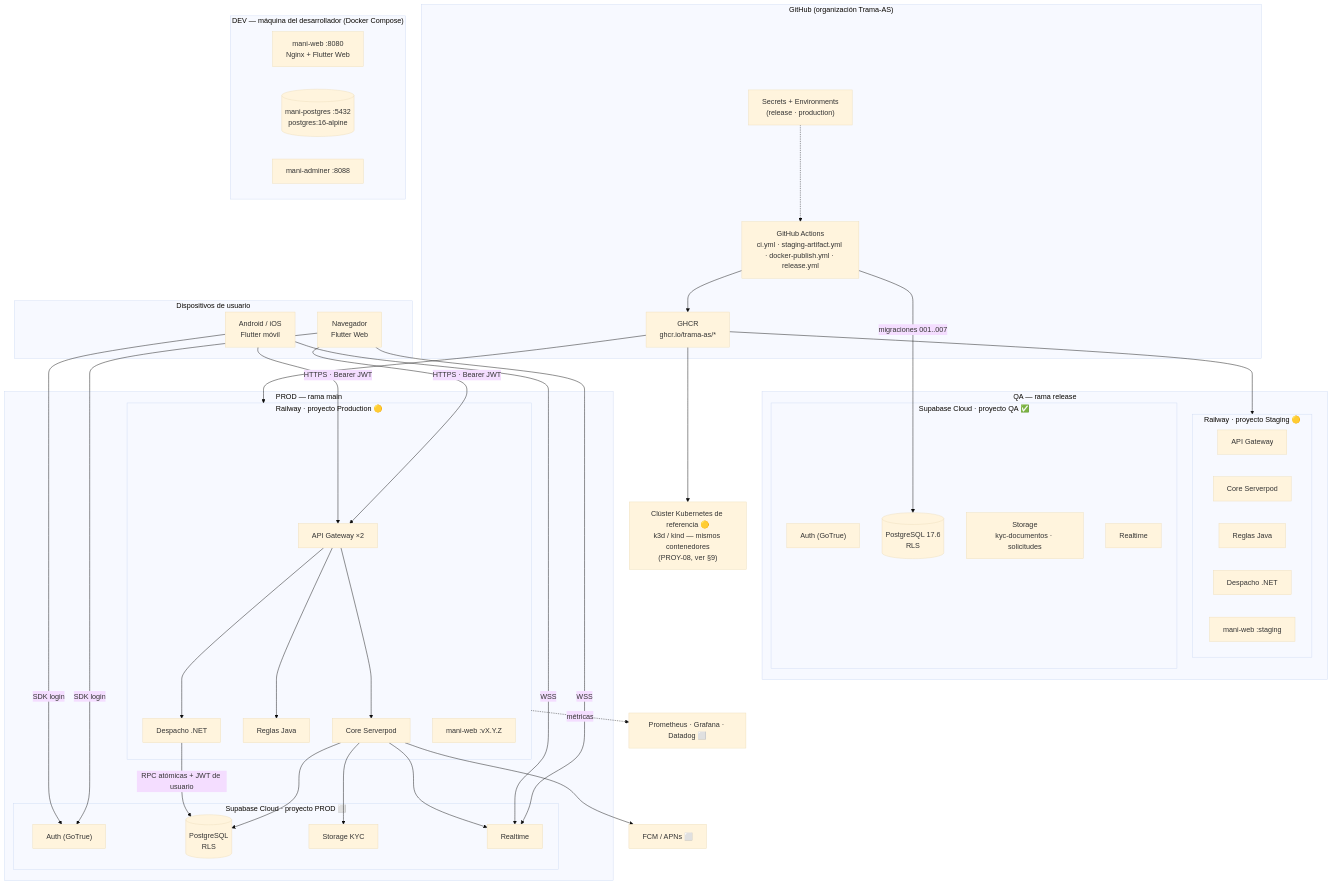
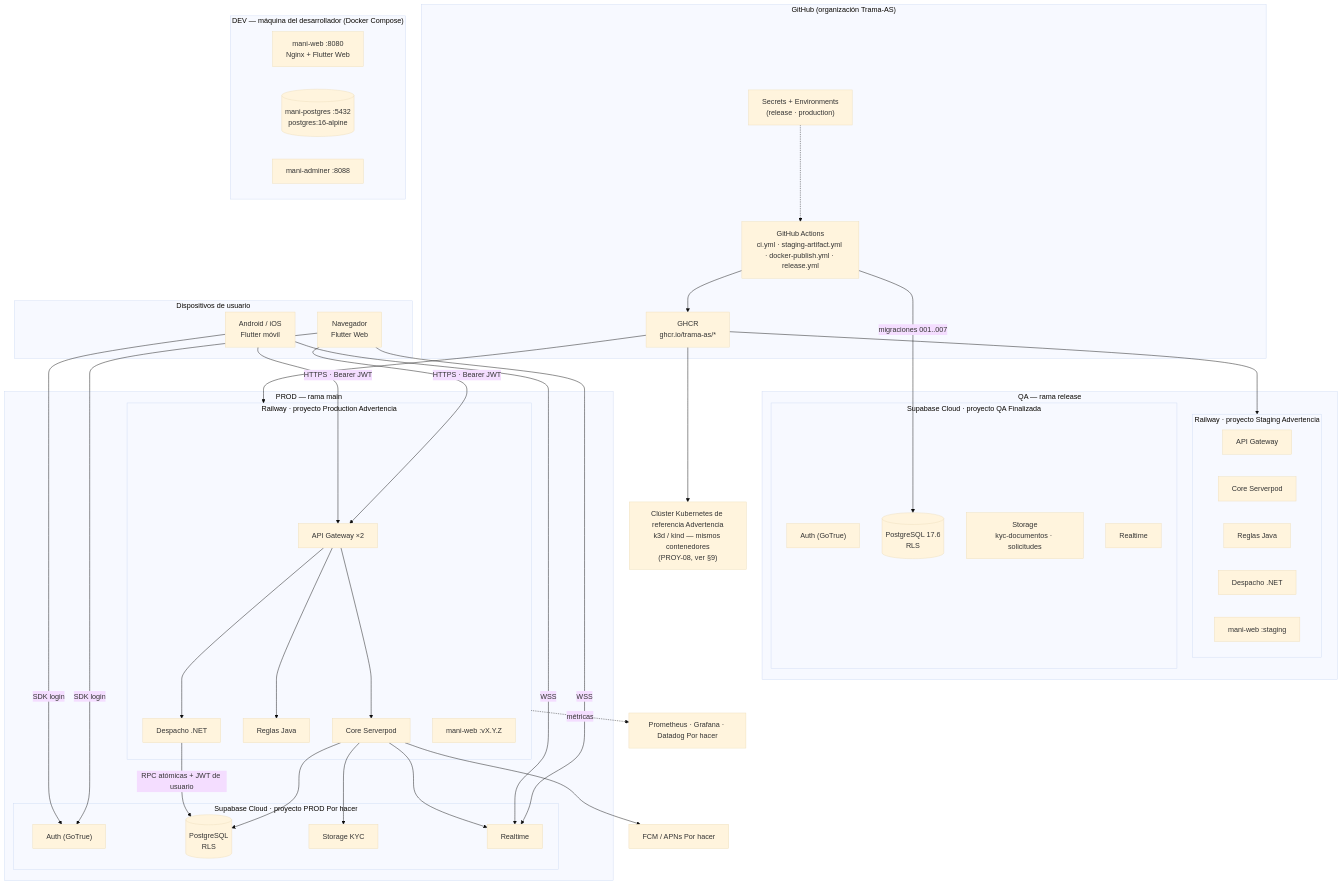
One commit to Trama-AS/MANI-docs changed the first of 4 diagrams in Entregas/Entrega4/Documento_Infraestructura_V1.md. Above: the diagram before and after it, drawn with Mermaid (base theme). The commit also changed other lines of this file and 1 other file, not shown here.

````diff
--- a/Entregas/Entrega4/Documento_Infraestructura_V1.md
+++ b/Entregas/Entrega4/Documento_Infraestructura_V1.md
@@ -89,68 +89,68 @@
 ```mermaid
 flowchart TB
     subgraph USR["Dispositivos de usuario"]
         WEB["Navegador<br/>Flutter Web"]
         MOV["Android / iOS<br/>Flutter móvil"]
     end
 
     subgraph GH["GitHub (organización Trama-AS)"]
         CI["GitHub Actions<br/>ci.yml · staging-artifact.yml · docker-publish.yml · release.yml"]
         GHCR["GHCR<br/>ghcr.io/trama-as/*"]
         SEC["Secrets + Environments<br/>(release · production)"]
     end
 
     subgraph DEV["DEV — máquina del desarrollador (Docker Compose)"]
         DWEB["mani-web :8080<br/>Nginx + Flutter Web"]
         DPG[("mani-postgres :5432<br/>postgres:16-alpine")]
         DADM["mani-adminer :8088"]
     end
 
     subgraph QA["QA — rama release"]
-        subgraph RWQ["Railway · proyecto Staging 🟡"]
+        subgraph RWQ["Railway · proyecto Staging Advertencia"]
             QGW["API Gateway"]
             QCORE["Core Serverpod"]
             QRUL["Reglas Java"]
             QDIS["Despacho .NET"]
             QWEB["mani-web :staging"]
         end
-        subgraph SBQ["Supabase Cloud · proyecto QA ✅"]
+        subgraph SBQ["Supabase Cloud · proyecto QA Finalizada"]
             QAUTH["Auth (GoTrue)"]
             QDB[("PostgreSQL 17.6<br/>RLS")]
             QST["Storage<br/>kyc-documentos · solicitudes"]
             QRT["Realtime"]
         end
     end
 
     subgraph PROD["PROD — rama main"]
-        subgraph RWP["Railway · proyecto Production 🟡"]
+        subgraph RWP["Railway · proyecto Production Advertencia"]
             PGW["API Gateway ×2"]
             PCORE["Core Serverpod"]
             PRUL["Reglas Java"]
             PDIS["Despacho .NET"]
             PWEB["mani-web :vX.Y.Z"]
         end
-        subgraph SBP["Supabase Cloud · proyecto PROD ⬜"]
+        subgraph SBP["Supabase Cloud · proyecto PROD Por hacer"]
             PAUTH["Auth (GoTrue)"]
             PDB[("PostgreSQL<br/>RLS")]
             PST["Storage KYC"]
             PRT["Realtime"]
         end
     end
 
-    K8S["Clúster Kubernetes de referencia 🟡<br/>k3d / kind — mismos contenedores<br/>(PROY-08, ver §9)"]
-    OBS["Prometheus · Grafana · Datadog ⬜"]
-    PUSH["FCM / APNs ⬜"]
+    K8S["Clúster Kubernetes de referencia Advertencia<br/>k3d / kind — mismos contenedores<br/>(PROY-08, ver §9)"]
+    OBS["Prometheus · Grafana · Datadog Por hacer"]
+    PUSH["FCM / APNs Por hacer"]
 
     CI --> GHCR
     GHCR --> RWQ & RWP & K8S
     CI -- "migraciones 001..007" --> QDB
     SEC -.-> CI
 
     WEB & MOV -- "HTTPS · Bearer JWT" --> PGW
     WEB & MOV -- "SDK login" --> PAUTH
     WEB & MOV -- "WSS" --> PRT
     PGW --> PCORE & PRUL & PDIS
     PCORE --> PDB & PST & PRT & PUSH
     PDIS -- "RPC atómicas + JWT de usuario" --> PDB
     RWP -. métricas .-> OBS
 ```
````
